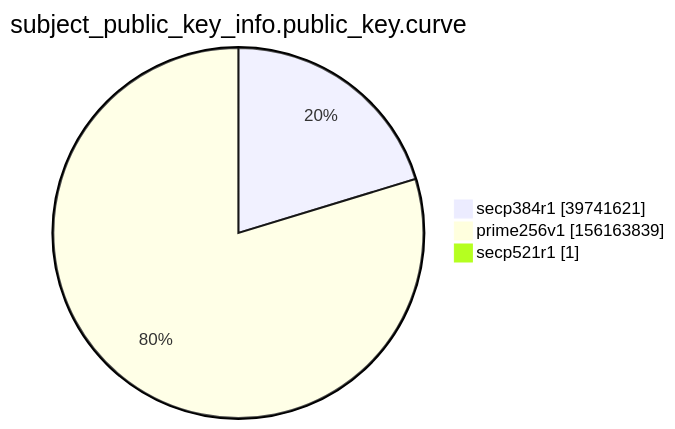
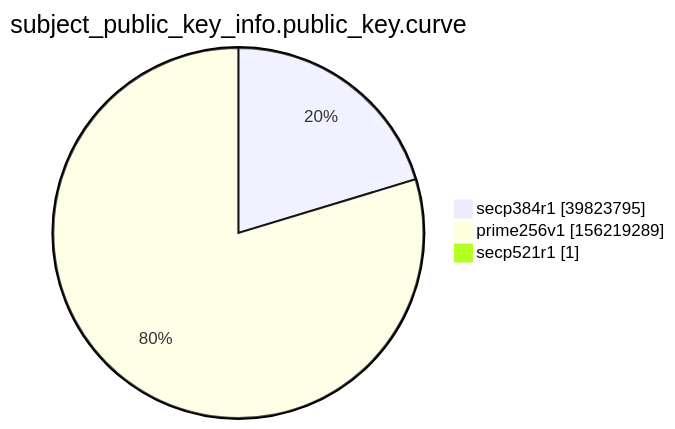
One commit to christiankrug/ctmonitor_visualization changed the ninth of 15 diagrams in xenon2022/README.md. Above: the diagram before and after it, drawn with Mermaid. The commit also changed other lines of this file, not shown here.

````diff
--- a/xenon2022/README.md
+++ b/xenon2022/README.md
@@ -2865,7 +2865,7 @@
 ```mermaid
 pie showData
 title subject_public_key_info.public_key.curve
-"secp384r1" :39741621
-"prime256v1" :156163839
+"secp384r1" :39823795
+"prime256v1" :156219289
 "secp521r1" :1
 ```
````
